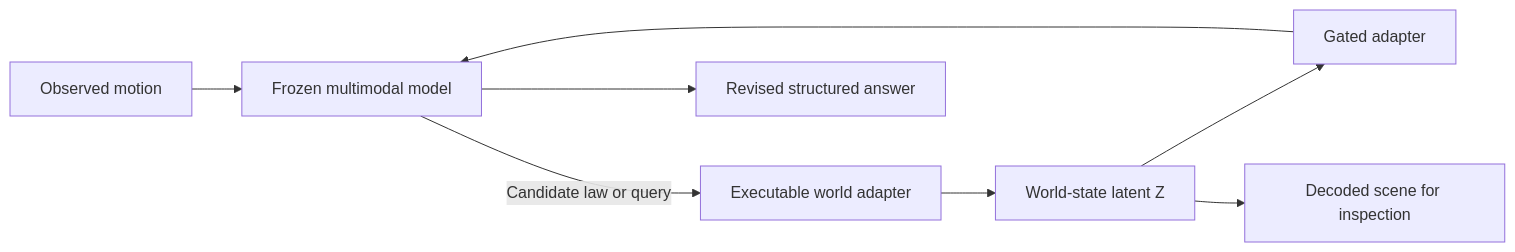
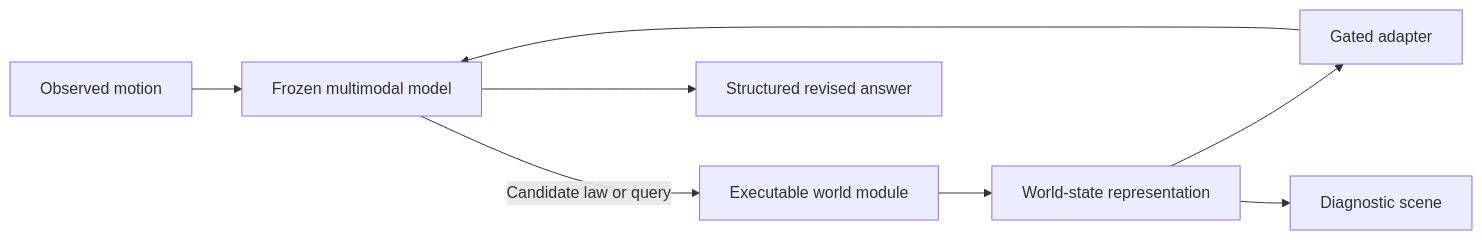
The first of 2 diagrams in README.md (perfect7613/jump-research), drawn with Mermaid before and after one commit. The commit also changed other lines of this file and 6 other files, not shown here.

````diff
--- a/README.md
+++ b/README.md
@@ -58,10 +53,10 @@
 ```mermaid
 flowchart LR
     O[Observed motion] --> M[Frozen multimodal model]
-    M -->|Candidate law or query| W[Executable world adapter]
-    W --> Z[World-state latent Z]
+    M -->|Candidate law or query| W[Executable world module]
+    W --> Z[World-state representation]
     Z --> A[Gated adapter]
     A --> M
-    M --> S[Revised structured answer]
-    Z --> D[Decoded scene for inspection]
+    M --> S[Structured revised answer]
+    Z --> D[Diagnostic scene]
 ```
````
